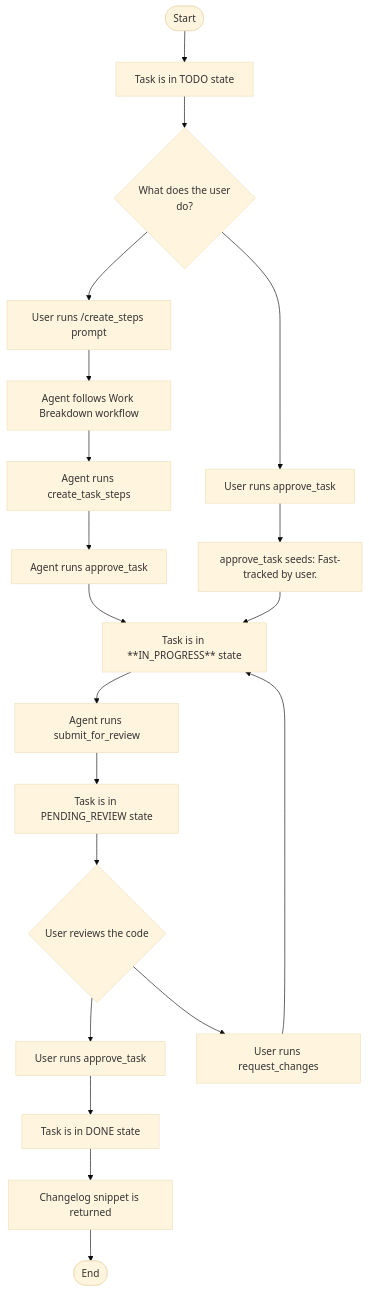
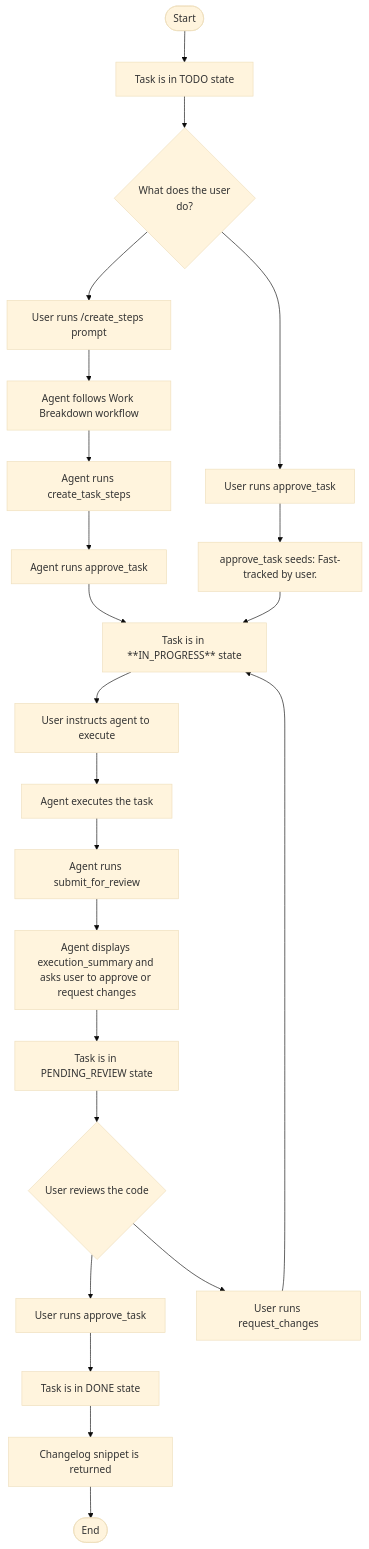
The third of 3 diagrams in docs/project_workflow.md (sgrade/plan-manager), drawn with Mermaid (base theme) before and after one commit. The commit also changed 10 other files, not shown here.

Commit message:
refactor: show execution summary in TaskOut and report; Error handling improved in task tools: now raise exceptions instead of returning invalid TaskOuts.

````diff
--- a/docs/project_workflow.md
+++ b/docs/project_workflow.md
@@ -69,26 +69,29 @@
 ```mermaid
 graph TD
     A([Start]) --> B[Task is in TODO state];
     B --> C{What does the user<br/>do?};
     
     C --> D[User runs /create_steps prompt];
     C --> H[User runs approve_task] --> I[approve_task seeds: Fast-tracked by user.];
     D --> E["Agent follows Work Breakdown workflow"];
     E --> F["Agent runs create_task_steps"];
     F --> G["Agent runs approve_task"];
         
-    
     G --> J[Task is in **IN_PROGRESS** state];
     I --> J;
+    J --> J2["User instructs agent to execute"];
+    J2 --> J3["Agent executes the task"];
+
     
-    J --> K["Agent runs submit_for_review"];
-    K --> L[Task is in PENDING_REVIEW state];
+    J3 --> K["Agent runs submit_for_review"];
+    K --> L["Agent displays execution_summary and asks user to approve or request changes"]
+    L --> M[Task is in PENDING_REVIEW state];
     
-    L --> M{User reviews the code};
-    M --> Q[User runs approve_task] --> N[Task is in DONE state];
-    M --> P[User runs request_changes] --> J;
+    M --> M1{User reviews the code};
+    M1 --> Q[User runs approve_task] --> N[Task is in DONE state];
+    M1 --> M2[User runs request_changes] --> J;
     
     N --> N2["Changelog snippet is returned"];
-    N2 --> O([End]);
+    N2 --> Z([End]);
 
 ```
````
